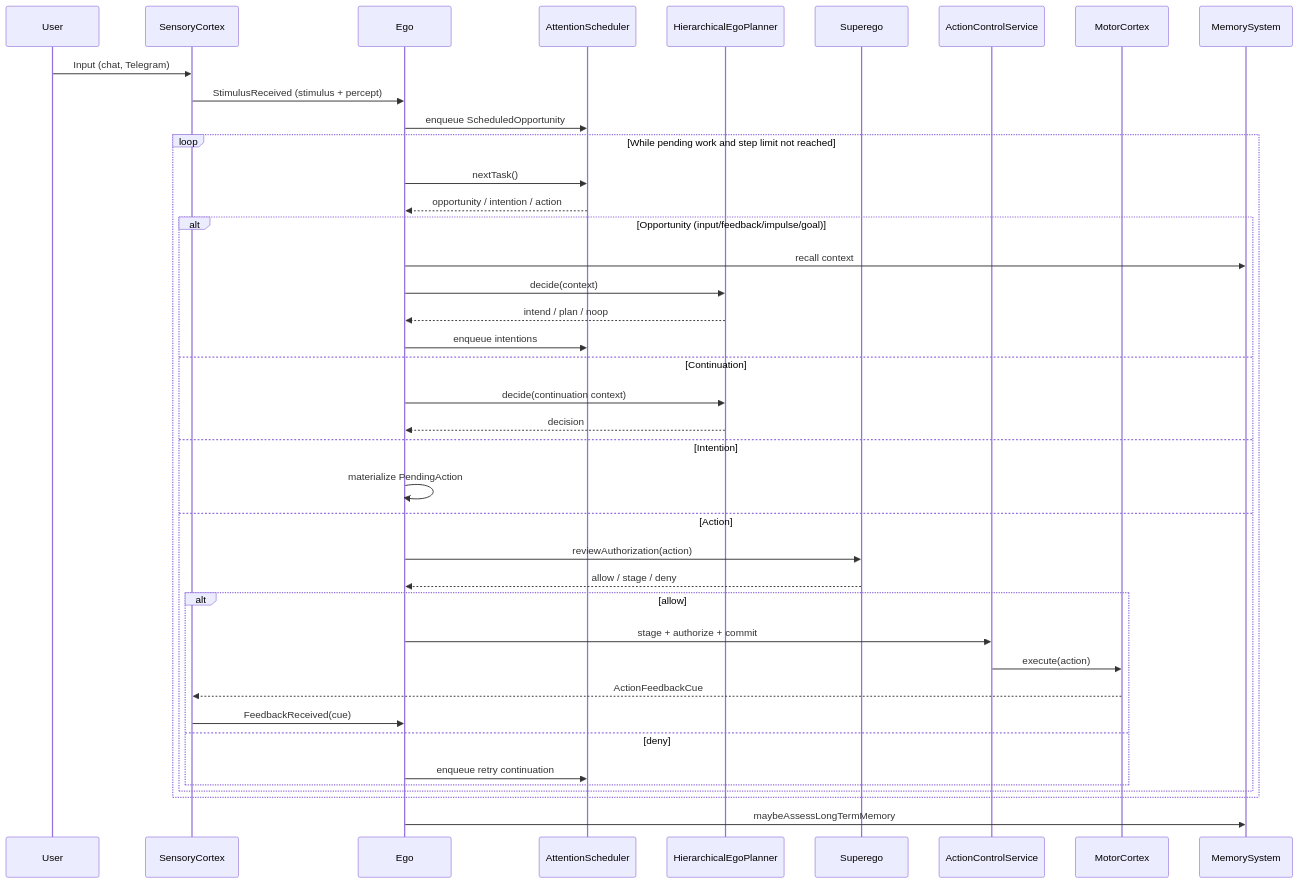
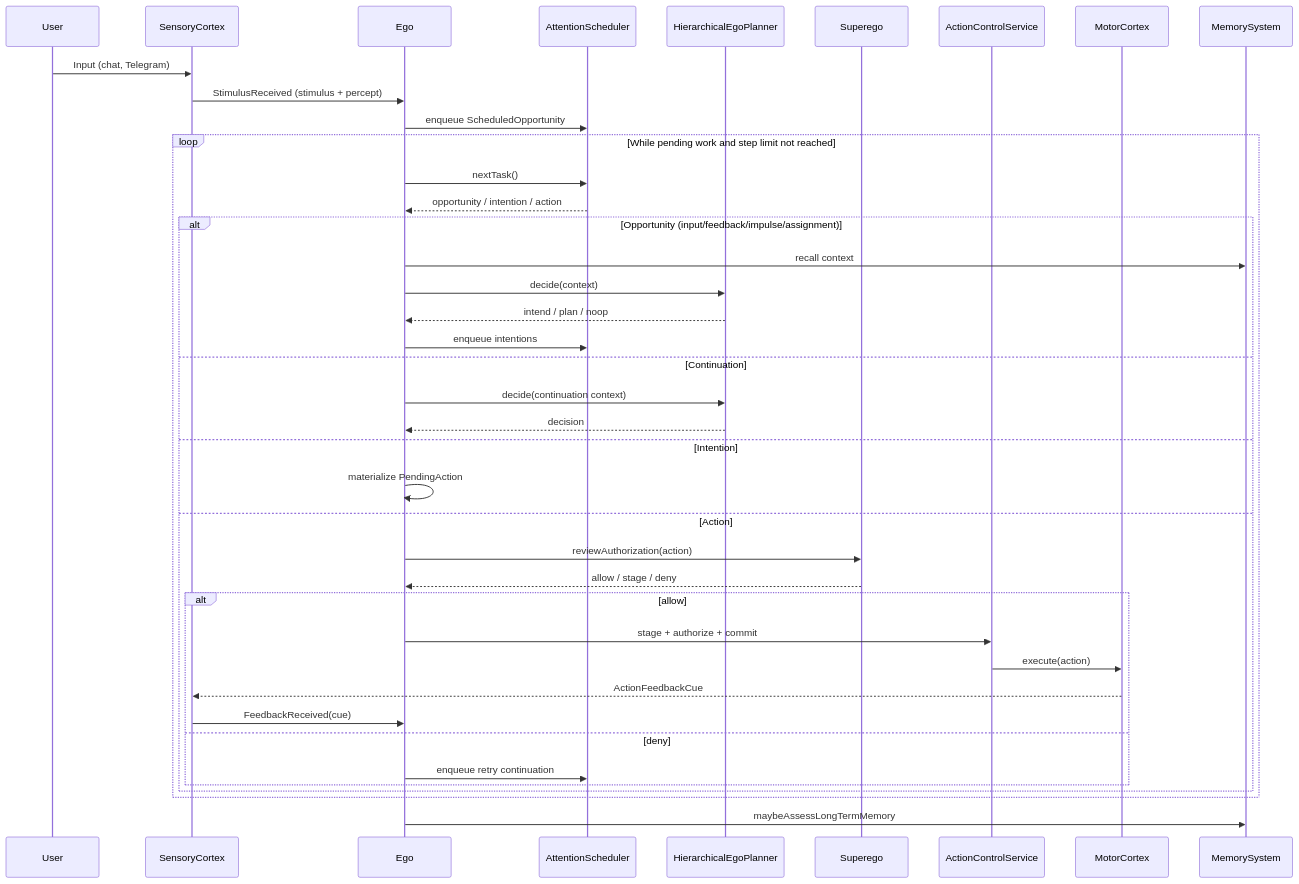
The fourth of 9 diagrams in AGENT_LOGIC_DIAGRAM.md (neopsyke/NeoPsyke), drawn with Mermaid before and after one commit. The commit also changed other lines of this file and 231 other files, not shown here.

Commit message:
refactor(planner)!: rename durable work and goal surfaces to assignment

````diff
--- a/AGENT_LOGIC_DIAGRAM.md
+++ b/AGENT_LOGIC_DIAGRAM.md
@@ -171,46 +171,46 @@
 ```mermaid
 sequenceDiagram
     participant User
     participant SC as SensoryCortex
     participant Ego
     participant Sched as AttentionScheduler
     participant Planner as HierarchicalEgoPlanner
     participant Sup as Superego
     participant ACS as ActionControlService
     participant Motor as MotorCortex
     participant Mem as MemorySystem
 
     User->>SC: Input (chat, Telegram)
     SC->>Ego: StimulusReceived (stimulus + percept)
     Ego->>Sched: enqueue ScheduledOpportunity
 
     loop While pending work and step limit not reached
         Ego->>Sched: nextTask()
         Sched-->>Ego: opportunity / intention / action
 
-        alt Opportunity (input/feedback/impulse/goal)
+        alt Opportunity (input/feedback/impulse/assignment)
             Ego->>Mem: recall context
             Ego->>Planner: decide(context)
             Planner-->>Ego: intend / plan / noop
             Ego->>Sched: enqueue intentions
         else Continuation
             Ego->>Planner: decide(continuation context)
             Planner-->>Ego: decision
         else Intention
             Ego->>Ego: materialize PendingAction
         else Action
             Ego->>Sup: reviewAuthorization(action)
             Sup-->>Ego: allow / stage / deny
             alt allow
                 Ego->>ACS: stage + authorize + commit
                 ACS->>Motor: execute(action)
                 Motor-->>SC: ActionFeedbackCue
                 SC->>Ego: FeedbackReceived(cue)
             else deny
                 Ego->>Sched: enqueue retry continuation
             end
         end
     end
 
     Ego->>Mem: maybeAssessLongTermMemory
 ```
````
